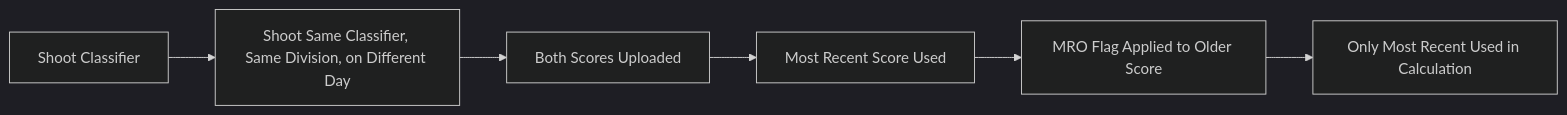
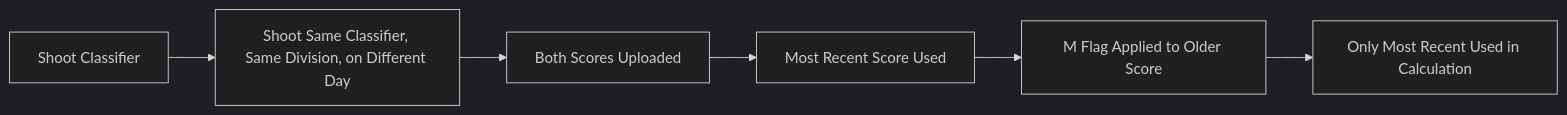
Before and after one commit to USPSA-public/Classification: the third of 3 diagrams in README.md, drawn with Mermaid (dark theme). The commit also changed other lines of this file, not shown here.

````diff
--- a/README.md
+++ b/README.md
@@ -104,8 +103,8 @@
 ```mermaid
 graph LR
     A[Shoot Classifier] --> B[Shoot Same Classifier, Same Division, on Different Day]
     B --> C[Both Scores Uploaded]
     C --> D[Most Recent Score Used]
-    D --> E[MRO Flag Applied to Older Score]
+    D --> E[M Flag Applied to Older Score]
     E --> F[Only Most Recent Used in Calculation]
 ```
````
